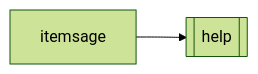
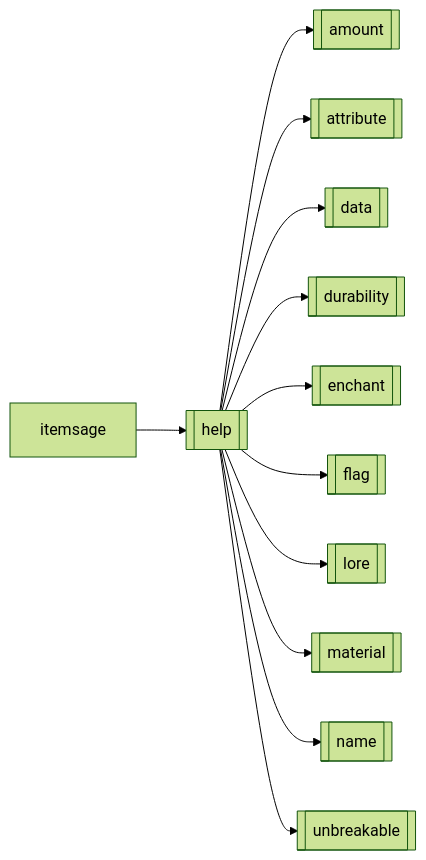
Diagram 11 of 11 in README.md (Giopav/ItemSage), drawn with Mermaid (forest theme) before and after one commit. The commit also changed other lines of this file, not shown here.

````diff
--- a/README.md
+++ b/README.md
@@ -256,5 +266,15 @@
 ```mermaid
 graph LR;
     a[itemsage];
     a-->b[[help]];
+    b-->c[[amount]];
+    b-->d[[attribute]];
+    b-->e[[data]];
+    b-->f[[durability]];
+    b-->g[[enchant]];
+    b-->h[[flag]];
+    b-->i[[lore]];
+    b-->j[[material]];
+    b-->k[[name]];
+    b-->l[[unbreakable]];
 ```
````
